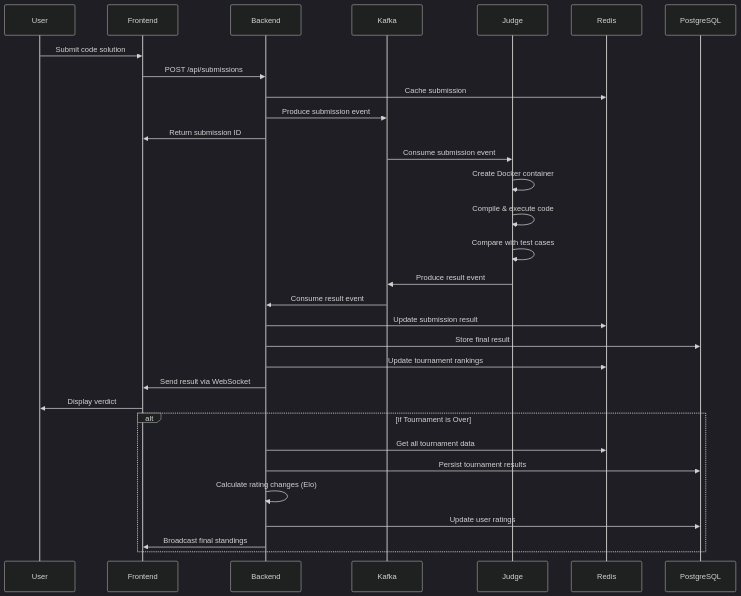
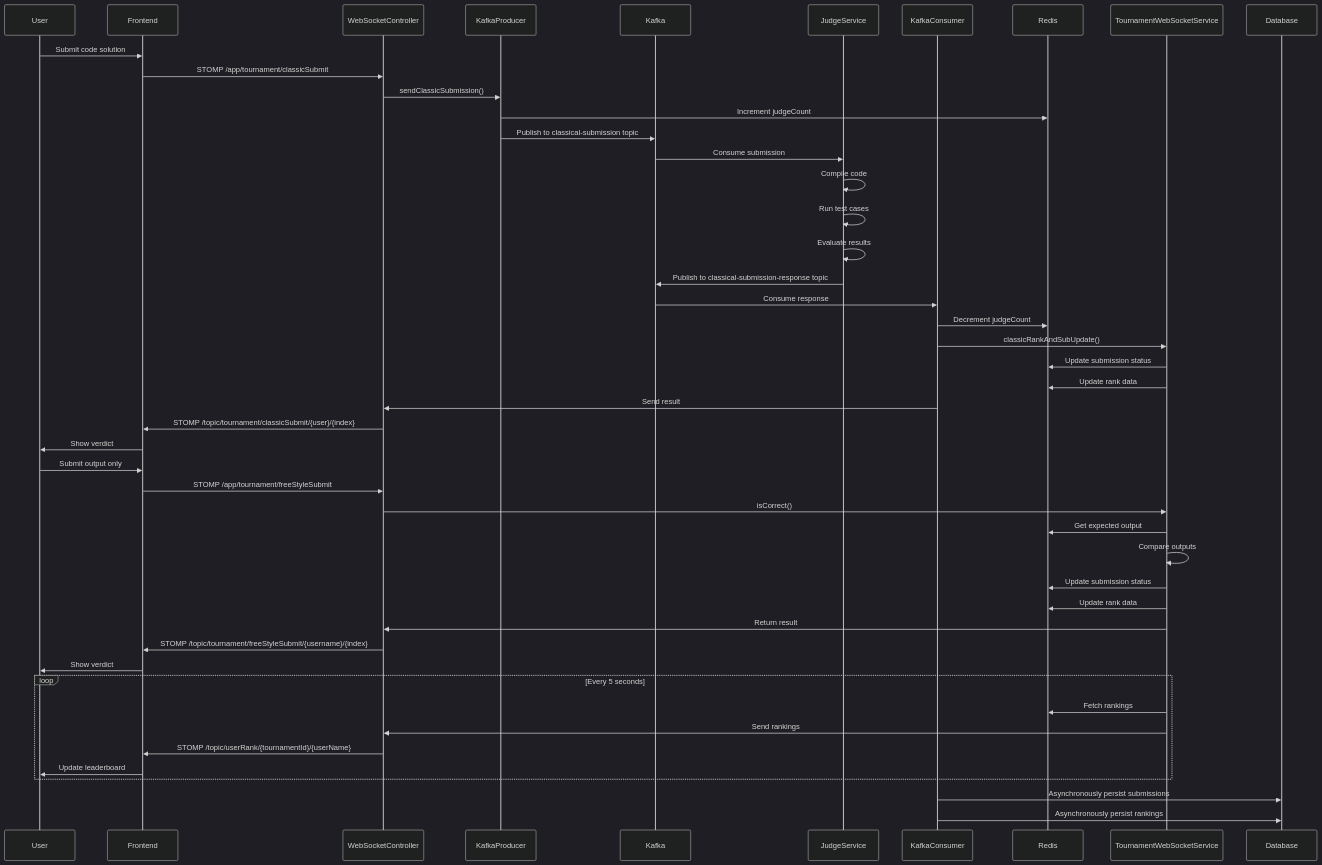
One commit to rky-cse/coderush changed the fourth of 7 diagrams in README.md. Above: the diagram before and after it, drawn with Mermaid (dark theme). The commit also changed other lines of this file, not shown here.

````diff
--- a/README.md
+++ b/README.md
@@ -169,37 +172,59 @@
 ```mermaid
 sequenceDiagram
     participant User
     participant Frontend
-    participant Backend
-    participant Kafka
-    participant Judge
+    participant WebSocketController
+    participant KafkaProducer
+    participant KafkaQueue as Kafka
+    participant JudgeService
+    participant KafkaConsumer
     participant Redis
-    participant PostgreSQL
+    participant TournamentWebSocketService
+    participant Database
     
+    %% Classic Submission Flow
     User->>Frontend: Submit code solution
-    Frontend->>Backend: POST /api/submissions
-    Backend->>Redis: Cache submission
-    Backend->>Kafka: Produce submission event
-    Backend->>Frontend: Return submission ID
+    Frontend->>WebSocketController: STOMP /app/tournament/classicSubmit
+    WebSocketController->>KafkaProducer: sendClassicSubmission()
+    KafkaProducer->>Redis: Increment judgeCount
+    KafkaProducer->>KafkaQueue: Publish to classical-submission topic
+    KafkaQueue->>JudgeService: Consume submission
     
-    Kafka->>Judge: Consume submission event
-    Judge->>Judge: Create Docker container
-    Judge->>Judge: Compile & execute code
-    Judge->>Judge: Compare with test cases
-    Judge->>Kafka: Produce result event
+    JudgeService->>JudgeService: Compile code
+    JudgeService->>JudgeService: Run test cases
+    JudgeService->>JudgeService: Evaluate results
     
-    Kafka->>Backend: Consume result event
-    Backend->>Redis: Update submission result
-    Backend->>PostgreSQL: Store final result
-    Backend->>Redis: Update tournament rankings
-    Backend->>Frontend: Send result via WebSocket
-    Frontend->>User: Display verdict
+    JudgeService->>KafkaQueue: Publish to classical-submission-response topic
+    KafkaQueue->>KafkaConsumer: Consume response
+    KafkaConsumer->>Redis: Decrement judgeCount
+    KafkaConsumer->>TournamentWebSocketService: classicRankAndSubUpdate()
+    TournamentWebSocketService->>Redis: Update submission status
+    TournamentWebSocketService->>Redis: Update rank data
+    KafkaConsumer->>WebSocketController: Send result
+    WebSocketController->>Frontend: STOMP /topic/tournament/classicSubmit/{user}/{index}
+    Frontend->>User: Show verdict
     
-    alt if Tournament is Over
-        Backend->>Redis: Get all tournament data
-        Backend->>PostgreSQL: Persist tournament results
-        Backend->>Backend: Calculate rating changes (Elo)
-        Backend->>PostgreSQL: Update user ratings
-        Backend->>Frontend: Broadcast final standings
+    %% Freestyle Submission Flow
+    User->>Frontend: Submit output only
+    Frontend->>WebSocketController: STOMP /app/tournament/freeStyleSubmit
+    WebSocketController->>TournamentWebSocketService: isCorrect()
+    TournamentWebSocketService->>Redis: Get expected output
+    TournamentWebSocketService->>TournamentWebSocketService: Compare outputs
+    TournamentWebSocketService->>Redis: Update submission status
+    TournamentWebSocketService->>Redis: Update rank data
+    TournamentWebSocketService->>WebSocketController: Return result
+    WebSocketController->>Frontend: STOMP /topic/tournament/freeStyleSubmit/{username}/{index}
+    Frontend->>User: Show verdict
+    
+    %% Periodic updates
+    loop Every 5 seconds
+        TournamentWebSocketService->>Redis: Fetch rankings
+        TournamentWebSocketService->>WebSocketController: Send rankings
+        WebSocketController->>Frontend: STOMP /topic/userRank/{tournamentId}/{userName}
+        Frontend->>User: Update leaderboard
     end
+    
+    %% Eventual consistency
+    KafkaConsumer->>Database: Asynchronously persist submissions
+    KafkaConsumer->>Database: Asynchronously persist rankings
 ```
````
